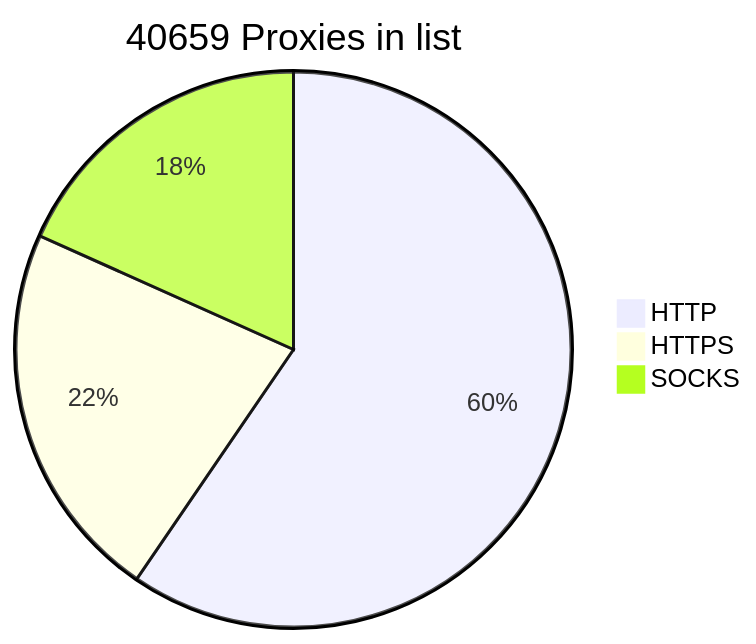
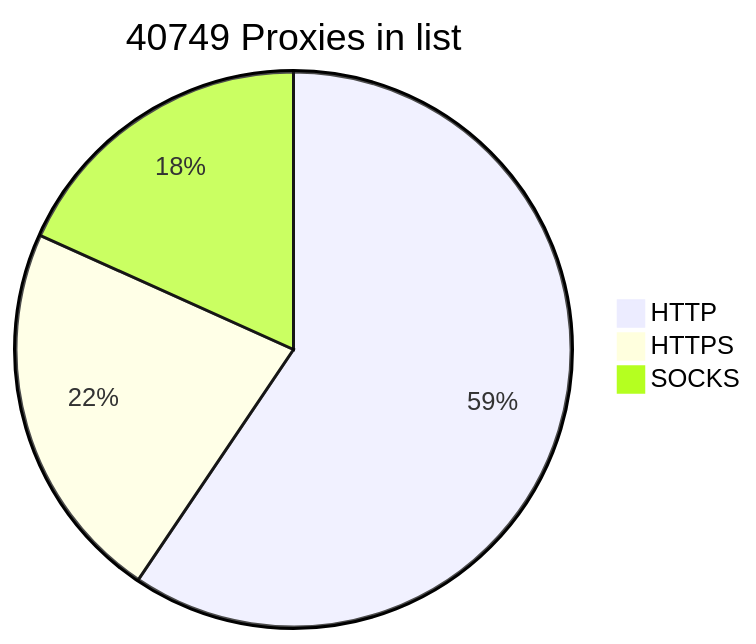
One commit to BlackSnowDot/proxylist-update-every-minute changed the diagram in README.md. Above: the diagram before and after it, drawn with Mermaid. The commit also changed other lines of this file, not shown here.

````diff
--- a/README.md
+++ b/README.md
@@ -2,6 +2,6 @@
 ```mermaid
-pie title 40659 Proxies in list
-    "HTTP" : 28387
-    "HTTPS": 10571
-    "SOCKS" : 8723
+pie title 40749 Proxies in list
+    "HTTP" : 28427
+    "HTTPS": 10663
+    "SOCKS" : 8734
 ```
````
